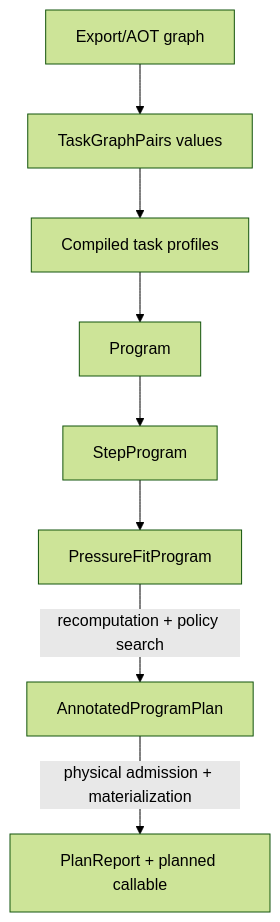
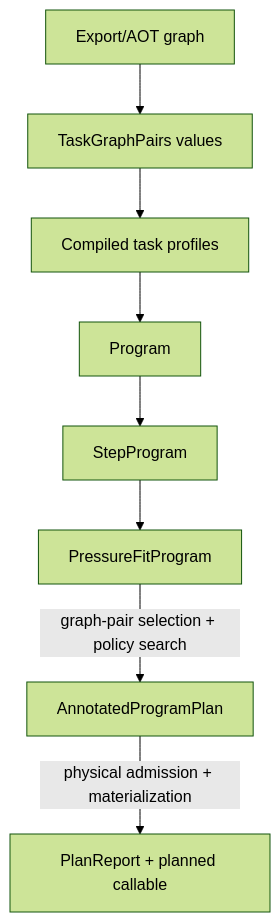
The second of 3 diagrams in docs/architecture/overview.md (als244/shadowspill), drawn with Mermaid (forest theme) before and after one commit. The commit also changed other lines of this file and 66 other files, not shown here.

````diff
--- a/docs/architecture/overview.md
+++ b/docs/architecture/overview.md
@@ -108,19 +108,19 @@
 ```mermaid
 flowchart TD
     capture["Export/AOT graph"]
     pairs["TaskGraphPairs values"]
     profile["Compiled task profiles"]
     program["Program"]
     step["StepProgram"]
     pressure["PressureFitProgram"]
     annotated["AnnotatedProgramPlan"]
     report["PlanReport + planned callable"]
 
     capture --> pairs
     pairs --> profile
     profile --> program
     program --> step
     step --> pressure
-    pressure -->|"recomputation + policy search"| annotated
+    pressure -->|"graph-pair selection + policy search"| annotated
     annotated -->|"physical admission + materialization"| report
 ```
````
